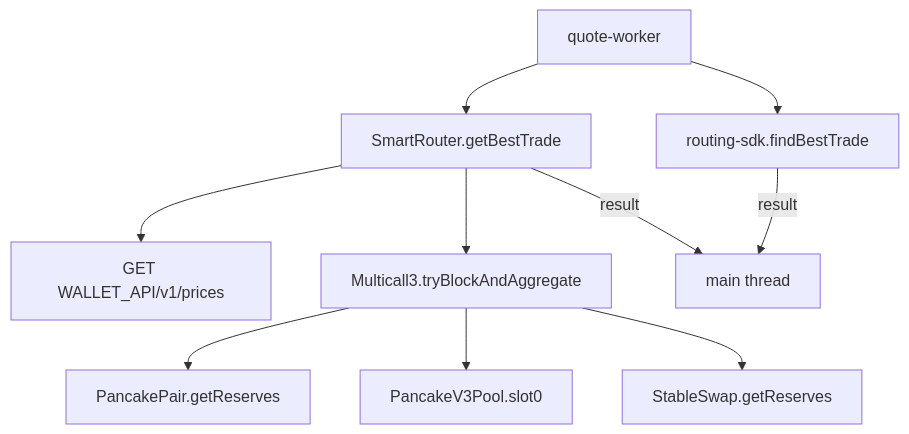
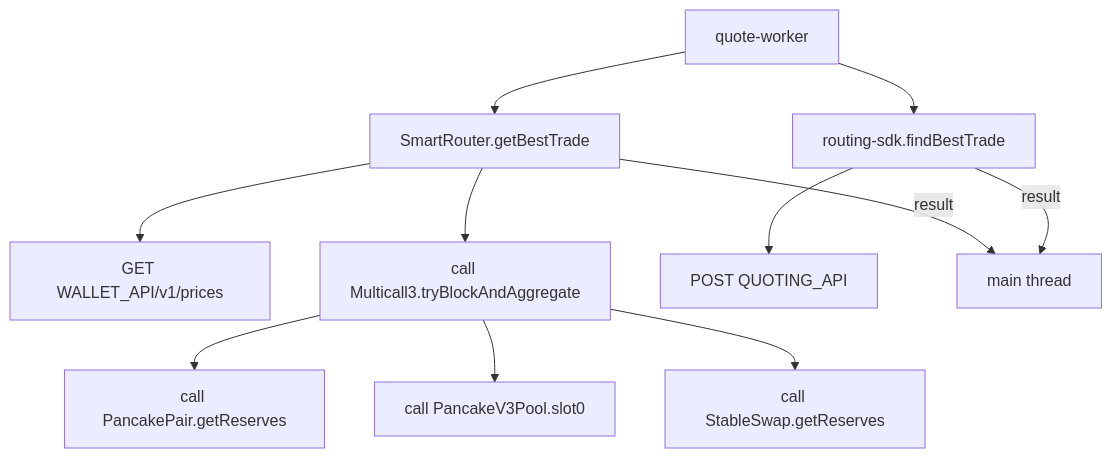
The second of 3 diagrams in apps/web/src/quoter/viz.md (chef-ryan/pancake-frontend), drawn with Mermaid before and after one commit. The commit also changed other lines of this file, not shown here.

````diff
--- a/apps/web/src/quoter/viz.md
+++ b/apps/web/src/quoter/viz.md
@@ -48,15 +56,17 @@
 ```mermaid
 flowchart TD
     QW[quote-worker]
     QW --> SR2[SmartRouter.getBestTrade]
     QW --> RS2[routing-sdk.findBestTrade]
 
     SR2 --> WA2["GET WALLET_API/v1/prices"]
-    SR2 --> M32["Multicall3.tryBlockAndAggregate"]
-    M32 --> V22["PancakePair.getReserves"]
-    M32 --> V32["PancakeV3Pool.slot0"]
-    M32 --> ST2["StableSwap.getReserves"]
+    SR2 --> M32["call Multicall3.tryBlockAndAggregate"]
+    M32 --> V22["call PancakePair.getReserves"]
+    M32 --> V32["call PancakeV3Pool.slot0"]
+    M32 --> ST2["call StableSwap.getReserves"]
+
+    RS2 --> QA2["POST QUOTING_API"]
 
     SR2 -->|result| MAIN[main thread]
     RS2 -->|result| MAIN
 ```
````
